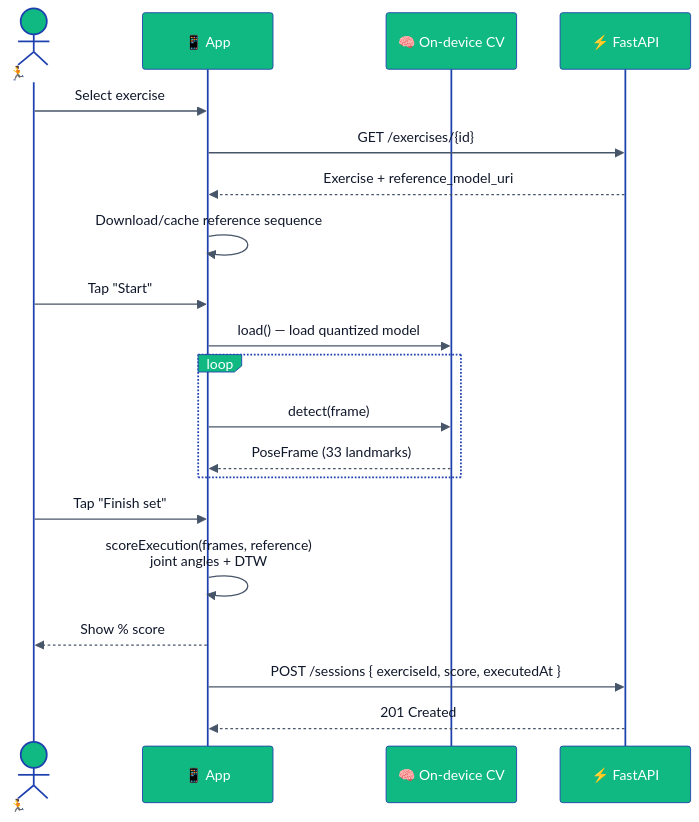
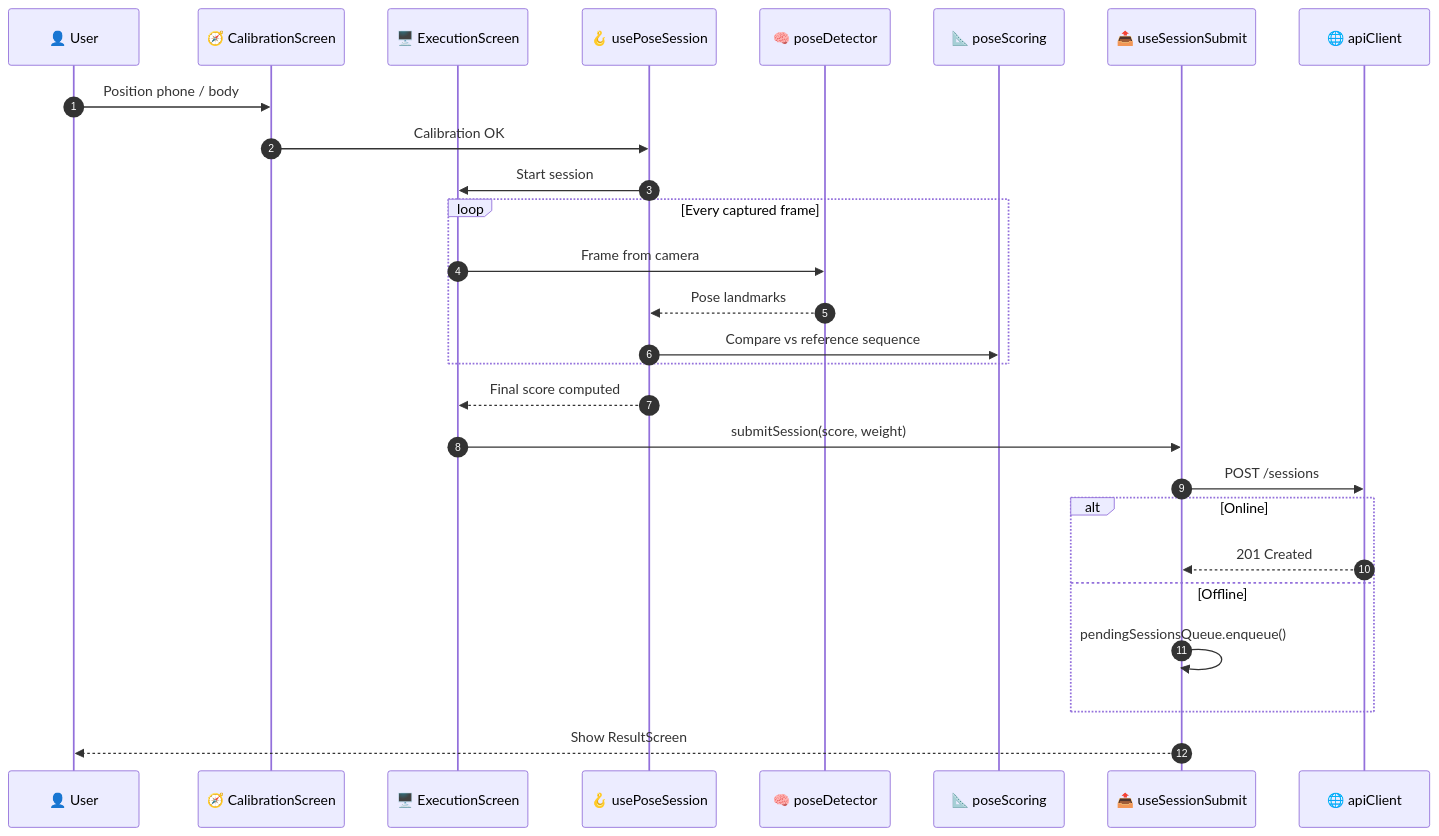
The fourth of 8 diagrams in README.md (VictorHJesusSantiago/Gym_execution), drawn with Mermaid before and after one commit. The commit also changed other lines of this file and 2 other files, not shown here.

````diff
--- a/README.md
+++ b/README.md
@@ -447,24 +703,30 @@
 ```mermaid
-%%{init: {'theme':'base', 'themeVariables': {'primaryColor':'#2563EB','primaryTextColor':'#fff','primaryBorderColor':'#1E40AF','actorBkg':'#10B981','actorTextColor':'#fff','signalColor':'#475569','signalTextColor':'#0f172a'}}}%%
 sequenceDiagram
-    actor U as 🏃 User
-    participant App as 📱 App
-    participant CV as 🧠 On-device CV
-    participant API as ⚡ FastAPI
+    autonumber
+    participant U as 👤 User
+    participant CAL as 🧭 CalibrationScreen
+    participant EX as 🖥️ ExecutionScreen
+    participant PS as 🪝 usePoseSession
+    participant PD as 🧠 poseDetector
+    participant SC as 📐 poseScoring
+    participant SUB as 📤 useSessionSubmit
+    participant API as 🌐 apiClient
 
-    U->>App: Select exercise
-    App->>API: GET /exercises/{id}
-    API-->>App: Exercise + reference_model_uri
-    App->>App: Download/cache reference sequence
-    U->>App: Tap "Start"
-    App->>CV: load() — load quantized model
-    loop ~10 fps while recording
-        App->>CV: detect(frame)
-        CV-->>App: PoseFrame (33 landmarks)
+    U->>CAL: Position phone / body
+    CAL->>PS: Calibration OK
+    PS->>EX: Start session
+    loop Every captured frame
+        EX->>PD: Frame from camera
+        PD-->>PS: Pose landmarks
+        PS->>SC: Compare vs reference sequence
     end
-    U->>App: Tap "Finish set"
-    App->>App: scoreExecution(frames, reference)<br/>joint angles + DTW
-    App-->>U: Show % score
-    App->>API: POST /sessions { exerciseId, score, executedAt }
-    API-->>App: 201 Created
+    PS-->>EX: Final score computed
+    EX->>SUB: submitSession(score, weight)
+    SUB->>API: POST /sessions
+    alt Online
+        API-->>SUB: 201 Created
+    else Offline
+        SUB->>SUB: pendingSessionsQueue.enqueue()
+    end
+    SUB-->>U: Show ResultScreen
 ```
````
